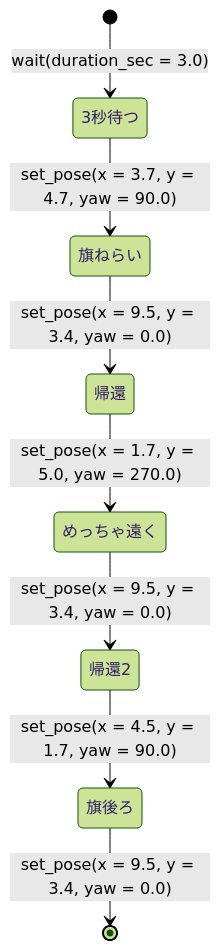
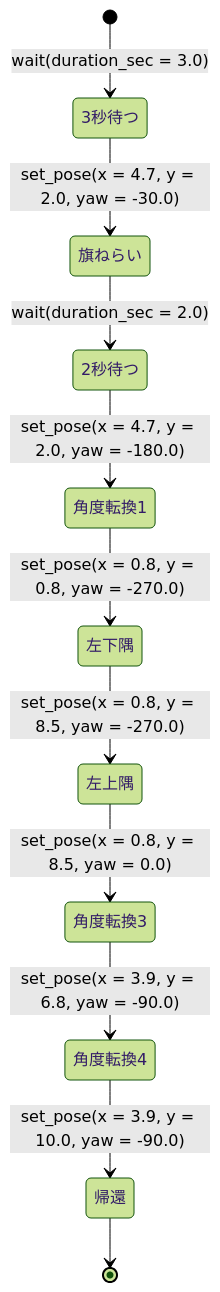
One commit to TNCT-Mechatech/2026A-ros changed the diagram in examples/natto_nhk2025_sample/state_graph/sample_red.md. Above: the diagram before and after it, drawn with Mermaid (forest theme). The commit also changed 1 other file, not shown here.

Commit message:
feat(sample): update autonomous routes

````diff
--- a/examples/natto_nhk2025_sample/state_graph/sample_red.md
+++ b/examples/natto_nhk2025_sample/state_graph/sample_red.md
@@ -1,16 +1,15 @@
 ```mermaid
 stateDiagram-v2
 
 [*] --> 3秒待つ : wait(duration_sec = 3.0)
-3秒待つ --> 旗ねらい : set_pose(x = 3.7, y = 4.7, yaw = 90.0)
-旗ねらい --> 帰還 : set_pose(x = 9.5, y = 3.4, yaw = 0.0)
-帰還 --> めっちゃ遠く : set_pose(x = 1.7, y = 5.0, yaw = 270.0)
-めっちゃ遠く --> 帰還2 : set_pose(x = 9.5, y = 3.4, yaw = 0.0)
-帰還2 --> 旗後ろ : set_pose(x = 4.5, y = 1.7, yaw = 90.0)
-旗後ろ --> [*] : set_pose(x = 9.5, y = 3.4, yaw = 0.0)
-
-
-
-
+3秒待つ --> 旗ねらい : set_pose(x = 4.7, y = 2.0, yaw = -30.0)
+旗ねらい --> 2秒待つ : wait(duration_sec = 2.0)
+2秒待つ --> 角度転換1  : set_pose(x = 4.7, y = 2.0, yaw = -180.0)
+角度転換1 --> 左下隅 : set_pose(x = 0.8, y = 0.8, yaw = -270.0)
+左下隅 --> 左上隅 : set_pose(x = 0.8, y = 8.5, yaw = -270.0)
+左上隅 --> 角度転換3 : set_pose(x = 0.8, y = 8.5, yaw = 0.0)
+角度転換3 --> 角度転換4 : set_pose(x = 3.9, y = 6.8, yaw = -90.0)
+角度転換4 --> 帰還 : set_pose(x = 3.9, y = 10.0, yaw = -90.0)
+帰還 --> [*]
 
 ```
````
